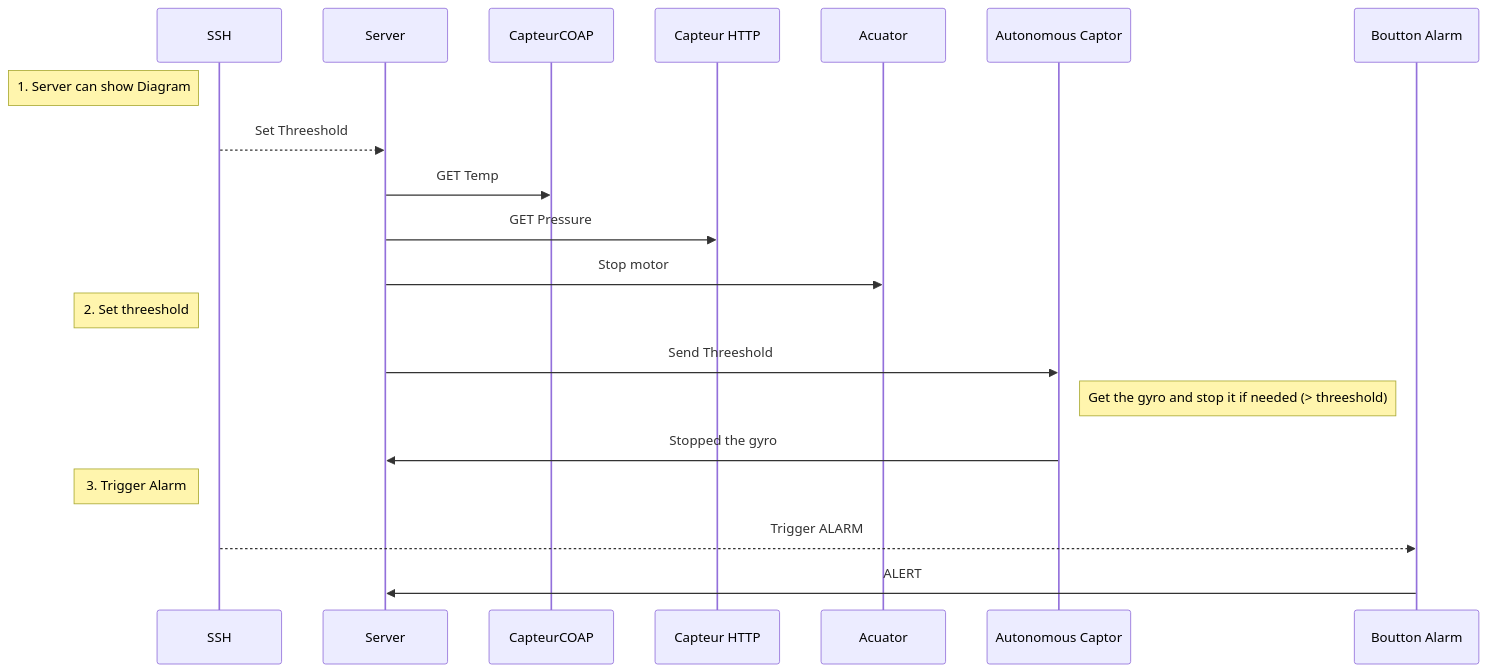
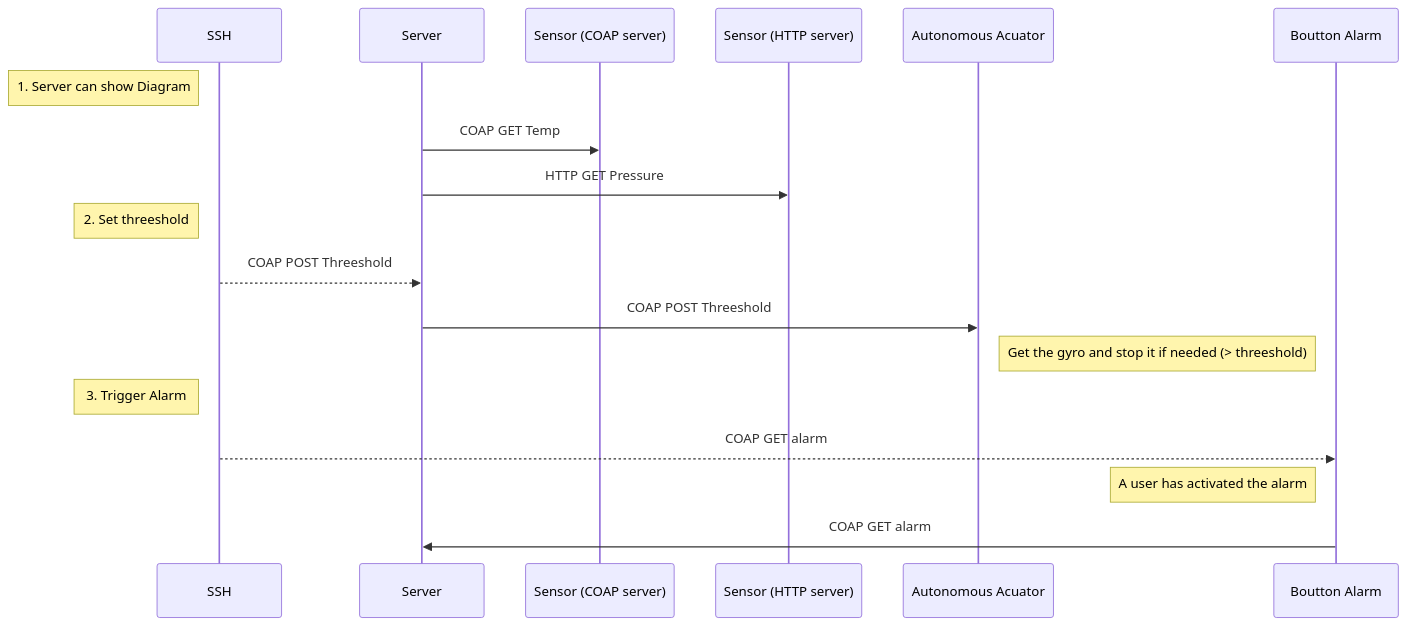
The diagram in report/img/archi.mmd (Its-Just-Nans/rio201), drawn with Mermaid before and after one commit. The commit also changed 6 other files, not shown here.

```diff
--- a/report/img/archi.mmd
+++ b/report/img/archi.mmd
@@ -1,13 +1,12 @@
 sequenceDiagram
     Note left of SSH: 1. Server can show Diagram
-    SSH -->> Server: Set Threeshold
-    Server ->> CapteurCOAP: GET Temp
-    Server ->> Capteur HTTP: GET Pressure
-    Server ->> Acuator: Stop motor
+    Server ->> Sensor (COAP server): COAP GET Temp
+    Server ->> Sensor (HTTP server): HTTP GET Pressure
     Note left of SSH: 2. Set threeshold
-    Server ->> Autonomous Captor: Send Threeshold
-    Note right of Autonomous Captor: Get the gyro and stop it if needed (> threeshold)
-    Autonomous Captor ->> Server: Stopped the gyro
+    SSH -->> Server: COAP POST Threeshold
+    Server ->> Autonomous Acuator: COAP POST Threeshold
+    Note right of Autonomous Acuator: Get the gyro and stop it if needed (> threeshold)
     Note left of SSH: 3. Trigger Alarm
-    SSH -->> Boutton Alarm: Trigger ALARM
-    Boutton Alarm ->> Server: ALERT
+    SSH -->> Boutton Alarm: COAP GET alarm
+    Note left of Boutton Alarm: A user has activated the alarm
+    Boutton Alarm ->> Server: COAP GET alarm
```
